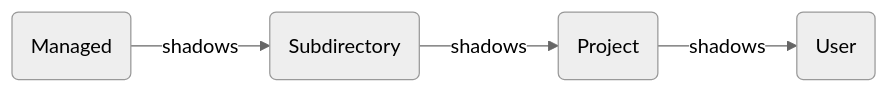
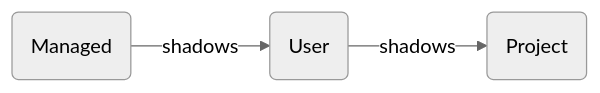
Before and after one commit to mcereda/oam: the third of 3 diagrams in knowledge base/ai/claude/claude code.md, drawn with Mermaid (neutral theme). The commit also changed other lines of this file, not shown here.

````diff
--- a/knowledge base/ai/claude/claude code.md
+++ b/knowledge base/ai/claude/claude code.md
@@ -1641,4 +1641,4 @@
 ```mermaid
 flowchart LR
-  m("Managed") --shadows--> s("Subdirectory") --shadows--> p("Project") --shadows--> u("User")
+  m("Managed") --shadows--> u("User") --shadows--> p("Project")
 ```
````
